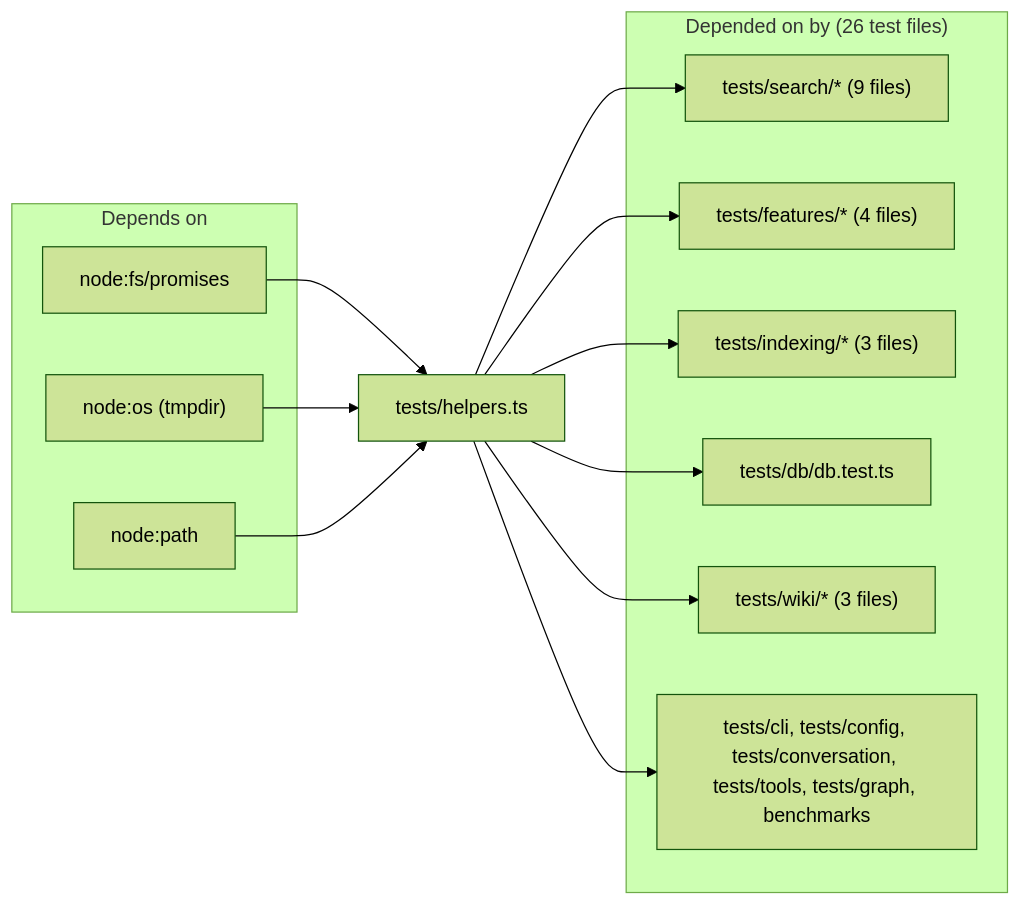
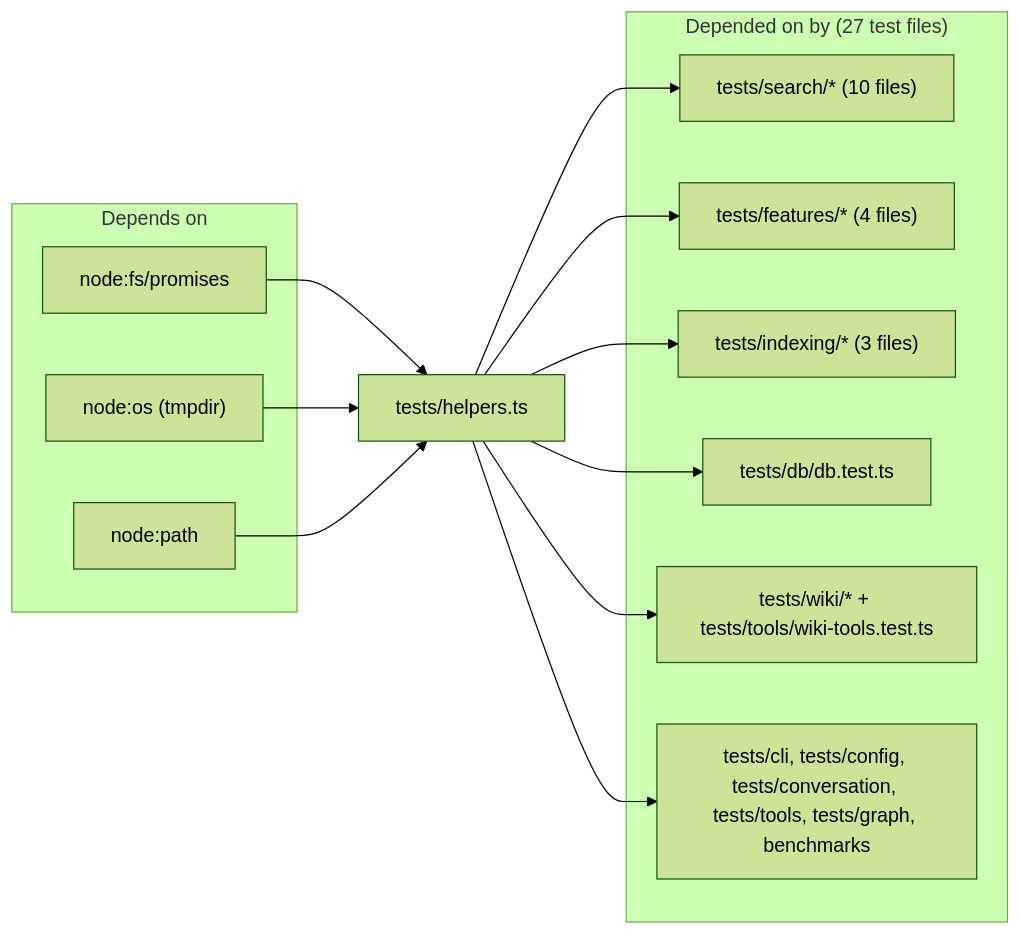
The diagram in wiki/modules/tests.md (TheWinci/mimirs), drawn with Mermaid (forest theme) before and after one commit. The commit also changed other lines of this file and 33 other files, not shown here.

````diff
--- a/wiki/modules/tests.md
+++ b/wiki/modules/tests.md
@@ -23,27 +23,27 @@
 ```mermaid
 flowchart LR
   subgraph Upstream["Depends on"]
     node_fs["node:fs/promises"]
     node_os["node:os (tmpdir)"]
     node_path["node:path"]
   end
   self["tests/helpers.ts"]
-  subgraph Downstream["Depended on by (26 test files)"]
-    search_tests["tests/search/* (9 files)"]
+  subgraph Downstream["Depended on by (27 test files)"]
+    search_tests["tests/search/* (10 files)"]
     feature_tests["tests/features/* (4 files)"]
     index_tests["tests/indexing/* (3 files)"]
     db_tests["tests/db/db.test.ts"]
-    wiki_tests["tests/wiki/* (3 files)"]
+    wiki_tests["tests/wiki/* + tests/tools/wiki-tools.test.ts"]
     other_tests["tests/cli, tests/config, tests/conversation, tests/tools, tests/graph, benchmarks"]
   end
 
   node_fs --> self
   node_os --> self
   node_path --> self
   self --> search_tests
   self --> feature_tests
   self --> index_tests
   self --> db_tests
   self --> wiki_tests
   self --> other_tests
 ```
````
